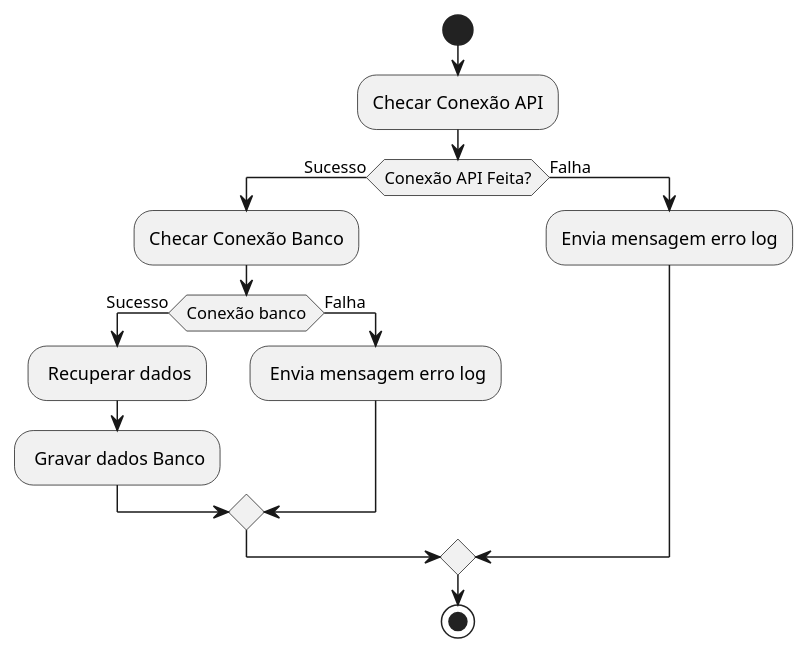
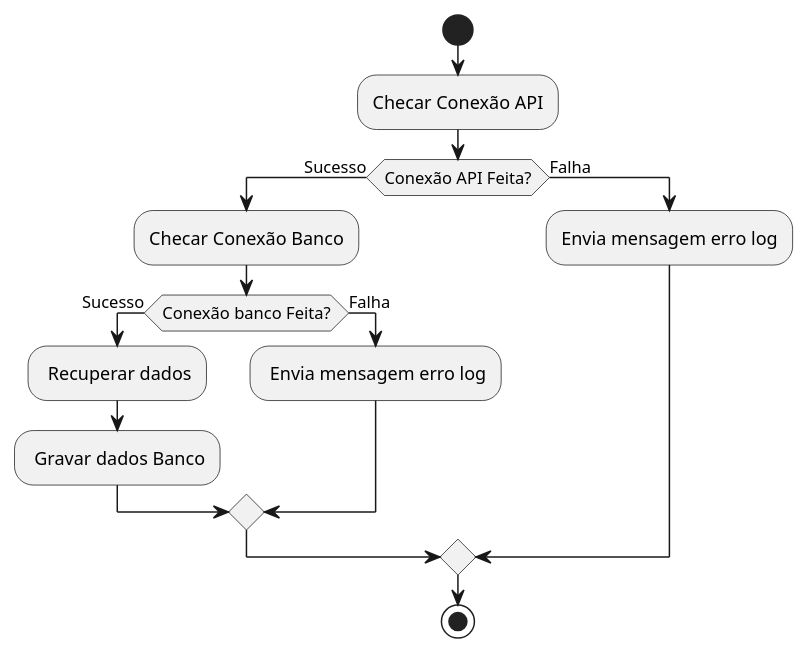
The diagram in diagramas/diagrama.plantuml (rodrigorocha1/etl_proposicoes_legislativa), drawn with PlantUML before and after one commit. The commit also changed 3 other files, not shown here.

```diff
--- a/diagramas/diagrama.plantuml
+++ b/diagramas/diagrama.plantuml
@@ -1,20 +1,20 @@
 @startuml
 
 start
 :Checar Conexão API;
 if (Conexão API Feita?) then (Sucesso)
     :Checar Conexão Banco;
-    if (Conexão banco) then (Sucesso)
+    if (Conexão banco Feita?) then (Sucesso)
         : Recuperar dados;
         : Gravar dados Banco;
     else (Falha)
         : Envia mensagem erro log;
     endif
 
 else (Falha)
     :Envia mensagem erro log;
     
 endif
 stop
 
 @enduml
```
